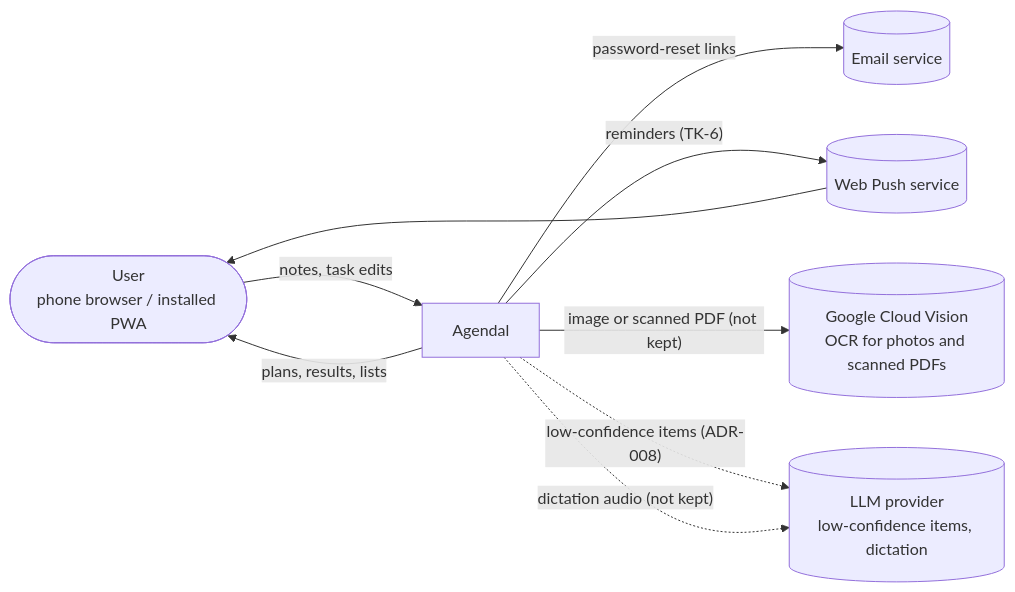
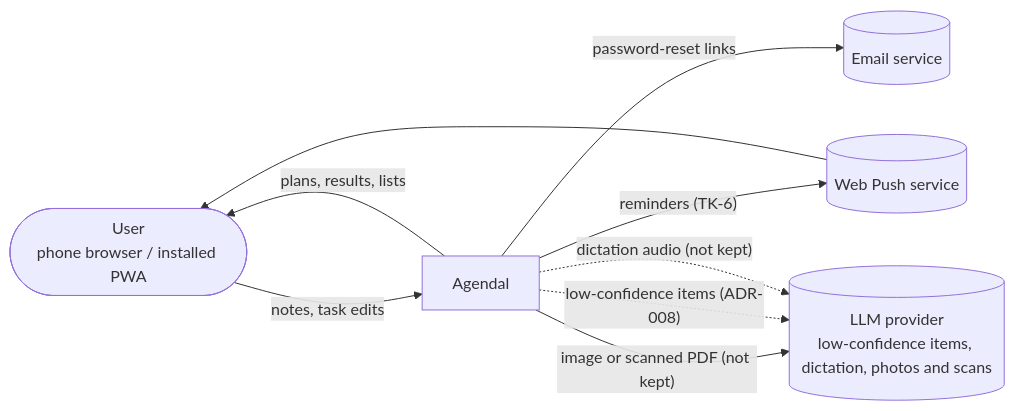
One commit to 02bbits/Agendal changed the first of 2 diagrams in docs/07-architecture/overview.md. Above: the diagram before and after it, drawn with Mermaid. The commit also changed other lines of this file and 9 other files, not shown here.

First line of the commit message:
Docs: photos and scans are read by the language model, not Google Vision

````diff
--- a/docs/07-architecture/overview.md
+++ b/docs/07-architecture/overview.md
@@ -7,17 +7,16 @@
 ```mermaid
 flowchart LR
     U([User<br/>phone browser / installed PWA])
     A[Agendal]
     M[(Email service)]
     P[(Web Push service)]
-    X[(Google Cloud Vision<br/>OCR for photos and scanned PDFs)]
-    L[(LLM provider<br/>low-confidence items, dictation)]
+    L[(LLM provider<br/>low-confidence items, dictation, photos and scans)]
 
     U -- "notes, task edits" --> A
     A -- "plans, results, lists" --> U
     A -- "password-reset links" --> M
     A -- "reminders (TK-6)" --> P --> U
-    A -- "image or scanned PDF (not kept)" --> X
+    A -- "image or scanned PDF (not kept)" --> L
     A -. "low-confidence items (ADR-008)" .-> L
     A -. "dictation audio (not kept)" .-> L
 ```
````
